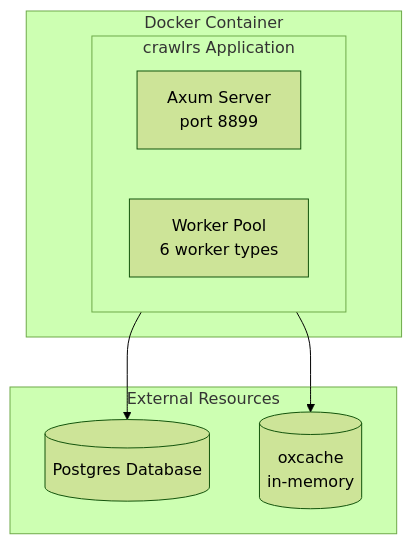
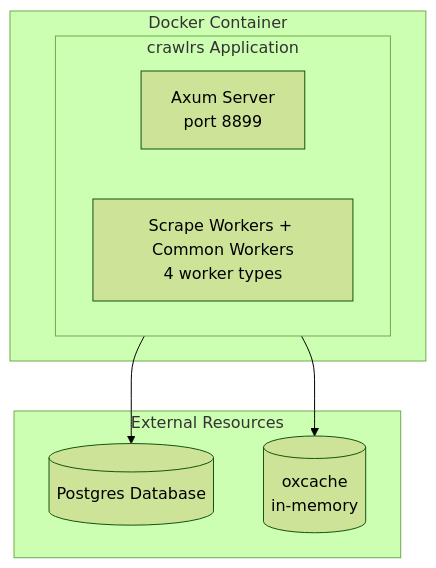
Before and after one commit to Kirky-X/crawlrs: the seventh of 9 diagrams in docs/ARCHITECTURE.md, drawn with Mermaid (forest theme). The commit also changed other lines of this file and 4 other files, not shown here.

````diff
--- a/docs/ARCHITECTURE.md
+++ b/docs/ARCHITECTURE.md
@@ -1626,17 +1702,17 @@
 ```mermaid
 flowchart TB
     subgraph Container [Docker Container]
         subgraph App [crawlrs Application]
             S1[Axum Server<br/>port 8899]
-            S2[Worker Pool<br/>6 worker types]
+            S2[Scrape Workers + Common Workers<br/>4 worker types]
         end
     end
 
     subgraph Resources [External Resources]
         DB[(Postgres Database)]
         RC[(oxcache<br/>in-memory)]
     end
 
     App --> DB
     App --> RC
 ```
````
